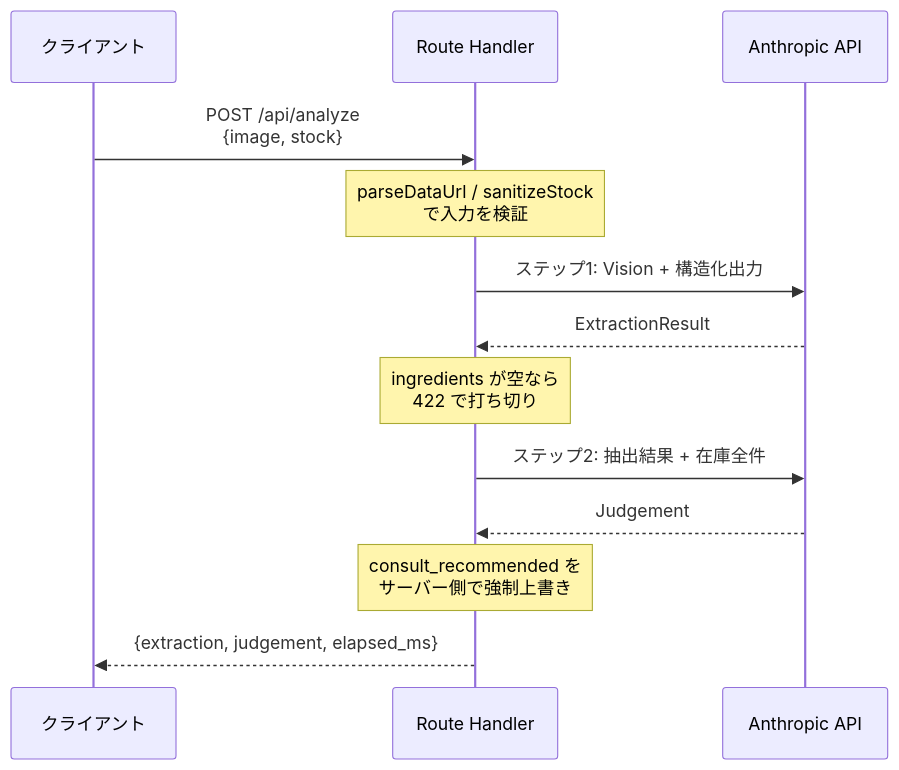
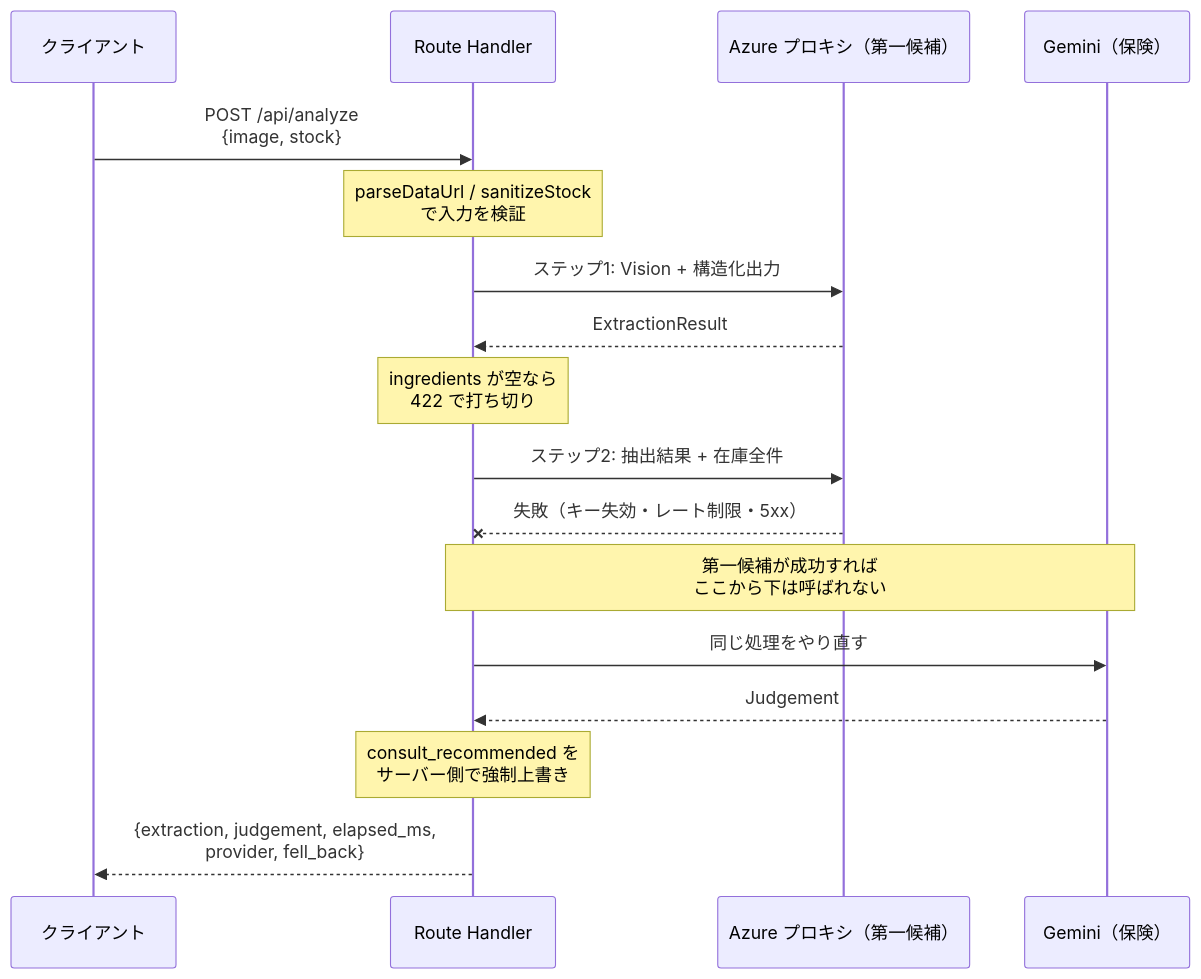
Before and after one commit to John-Frusciante/overlai: the second of 3 diagrams in docs/ARCHITECTURE.md, drawn with Mermaid. The commit also changed other lines of this file and 5 other files, not shown here.

````diff
--- a/docs/ARCHITECTURE.md
+++ b/docs/ARCHITECTURE.md
@@ -223,16 +223,20 @@
 ```mermaid
 sequenceDiagram
     participant C as クライアント
     participant R as Route Handler
-    participant A as Anthropic API
+    participant A as Azure プロキシ（第一候補）
+    participant G as Gemini（保険）
 
     C->>R: POST /api/analyze<br/>{image, stock}
     Note over R: parseDataUrl / sanitizeStock<br/>で入力を検証
     R->>A: ステップ1: Vision + 構造化出力
     A-->>R: ExtractionResult
     Note over R: ingredients が空なら<br/>422 で打ち切り
     R->>A: ステップ2: 抽出結果 + 在庫全件
-    A-->>R: Judgement
+    A--xR: 失敗（キー失効・レート制限・5xx）
+    Note over R,G: 第一候補が成功すれば<br/>ここから下は呼ばれない
+    R->>G: 同じ処理をやり直す
+    G-->>R: Judgement
     Note over R: consult_recommended を<br/>サーバー側で強制上書き
-    R-->>C: {extraction, judgement, elapsed_ms}
+    R-->>C: {extraction, judgement, elapsed_ms,<br/>provider, fell_back}
 ```
````
